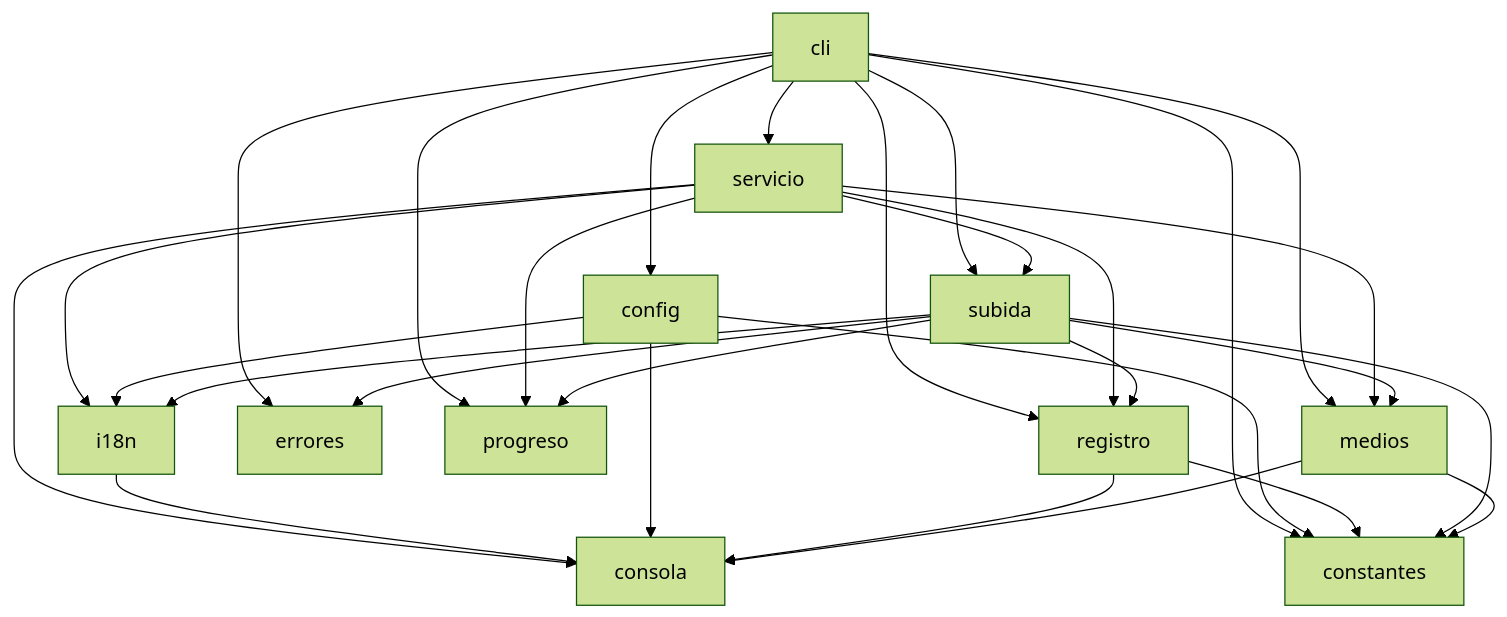
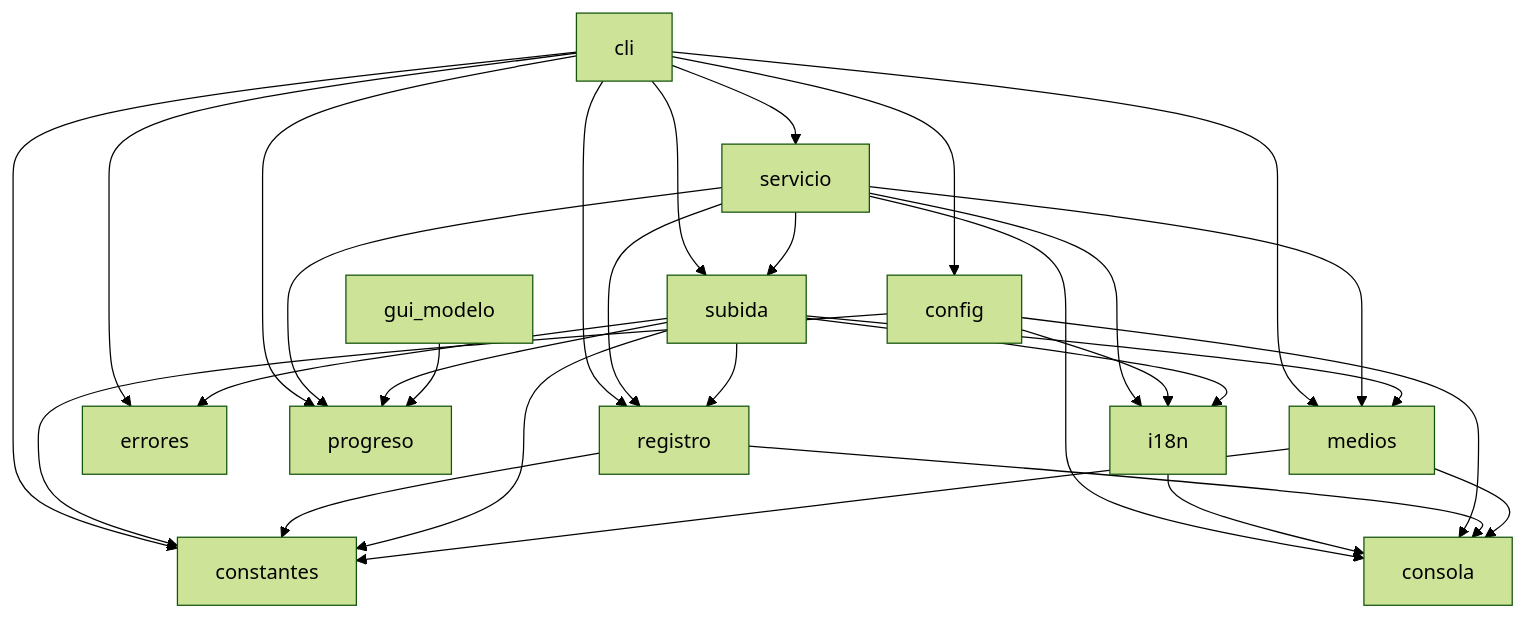
One commit to al3xFight/telegram-uploader changed the first of 2 diagrams in ARQUITECTURA.md. Above: the diagram before and after it, drawn with Mermaid (forest theme). The commit also changed other lines of this file and 2 other files, not shown here.

Commit message:
GUI: ReporteEstado, el estado del progreso sin depender de Flet (Refs #9)

````diff
--- a/ARQUITECTURA.md
+++ b/ARQUITECTURA.md
@@ -34,31 +35,32 @@
 ```mermaid
 flowchart TD
     cli --> config
     cli --> subida
     cli --> medios
     cli --> registro
     cli --> errores
     cli --> constantes
     cli --> progreso
     cli --> servicio
     servicio --> subida
     servicio --> medios
     servicio --> registro
     servicio --> progreso
     servicio --> i18n
     servicio --> consola
     config --> i18n
     subida --> medios
     subida --> registro
     subida --> i18n
     subida --> errores
     subida --> progreso
+    gui_modelo --> progreso
     i18n --> consola
     config --> consola
     registro --> consola
     medios --> consola
     config --> constantes
     registro --> constantes
     subida --> constantes
     medios --> constantes
 ```
````
